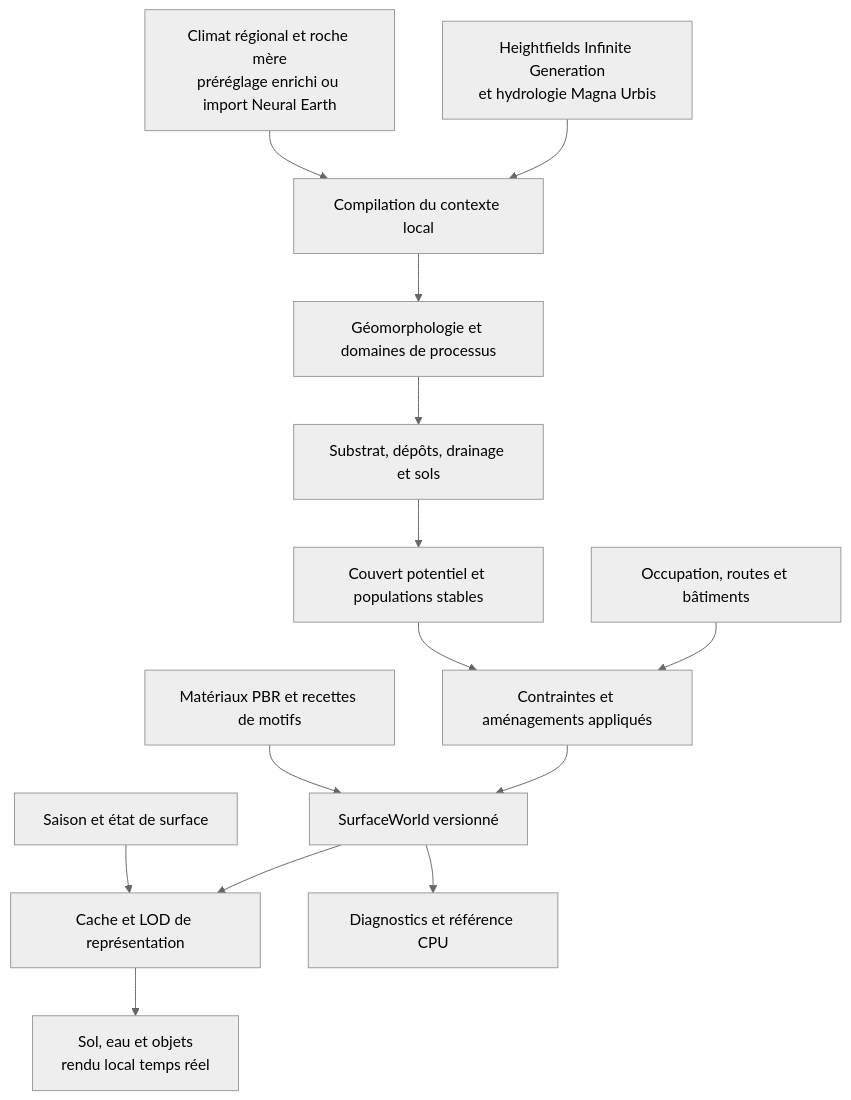
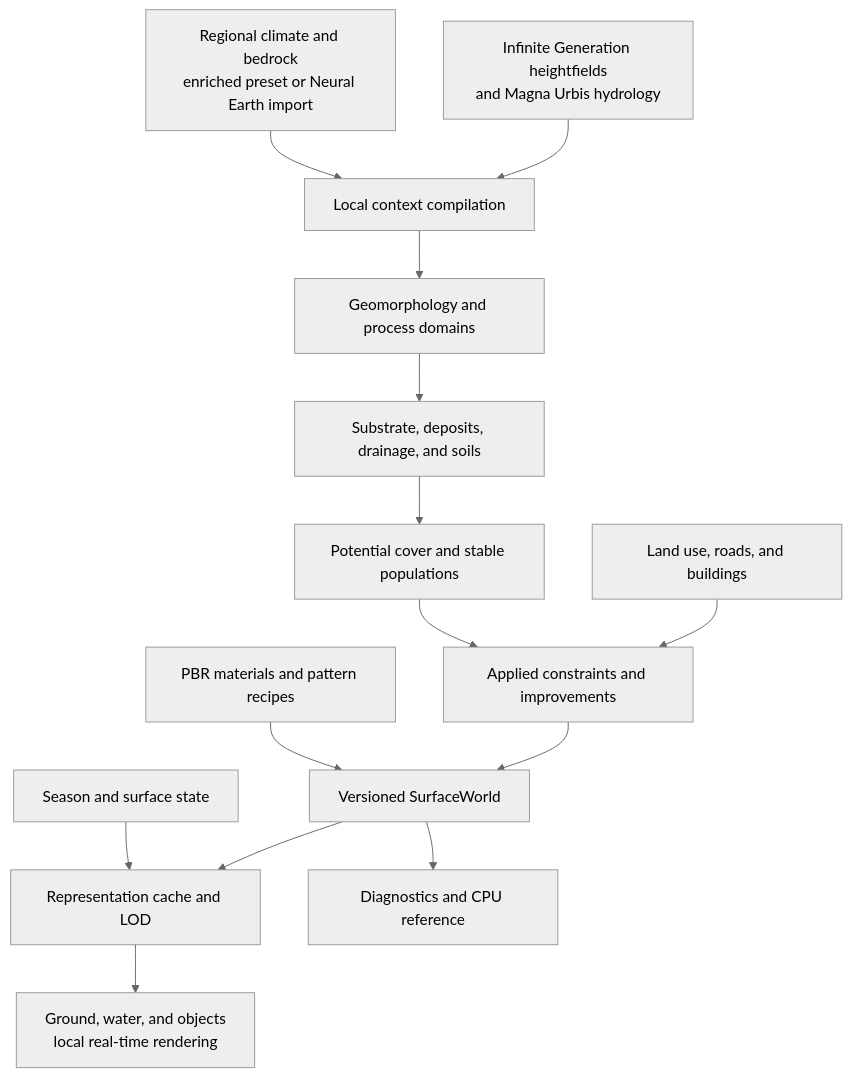
Before and after one commit to dunkean/magna-urbis: the diagram in docs/RENDER_SURFACE_DESIGN.md, drawn with Mermaid (neutral theme). The commit also changed other lines of this file and 193 other files, not shown here.

````diff
--- a/docs/RENDER_SURFACE_DESIGN.md
+++ b/docs/RENDER_SURFACE_DESIGN.md
@@ -105,16 +102,16 @@
 ```mermaid
 flowchart TD
-    A[Heightfields Infinite Generation<br/>et hydrologie Magna Urbis] --> C[Compilation du contexte local]
-    B[Climat régional et roche mère<br/>préréglage enrichi ou import Neural Earth] --> C
-    C --> D[Géomorphologie et domaines de processus]
-    D --> E[Substrat, dépôts, drainage et sols]
-    E --> F[Couvert potentiel et populations stables]
-    U[Occupation, routes et bâtiments] --> G[Contraintes et aménagements appliqués]
+    A[Infinite Generation heightfields<br/>and Magna Urbis hydrology] --> C[Local context compilation]
+    B[Regional climate and bedrock<br/>enriched preset or Neural Earth import] --> C
+    C --> D[Geomorphology and process domains]
+    D --> E[Substrate, deposits, drainage, and soils]
+    E --> F[Potential cover and stable populations]
+    U[Land use, roads, and buildings] --> G[Applied constraints and improvements]
     F --> G
-    G --> H[SurfaceWorld versionné]
-    M[Matériaux PBR et recettes de motifs] --> H
-    H --> I[Cache et LOD de représentation]
-    S[Saison et état de surface] --> I
-    I --> J[Sol, eau et objets<br/>rendu local temps réel]
-    H --> K[Diagnostics et référence CPU]
+    G --> H[Versioned SurfaceWorld]
+    M[PBR materials and pattern recipes] --> H
+    H --> I[Representation cache and LOD]
+    S[Season and surface state] --> I
+    I --> J[Ground, water, and objects<br/>local real-time rendering]
+    H --> K[Diagnostics and CPU reference]
 ```
````
